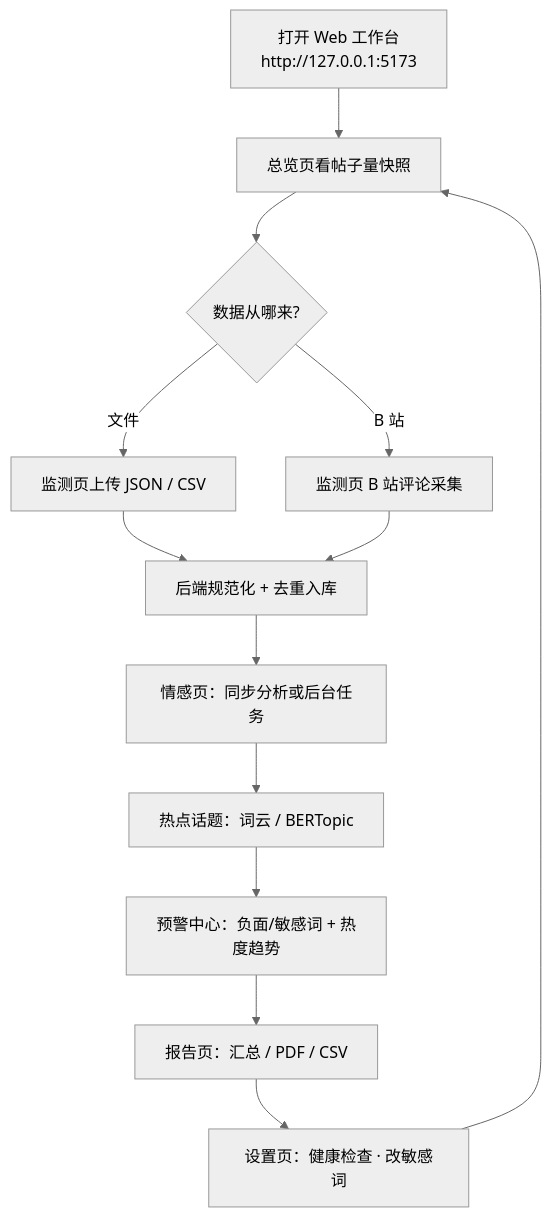
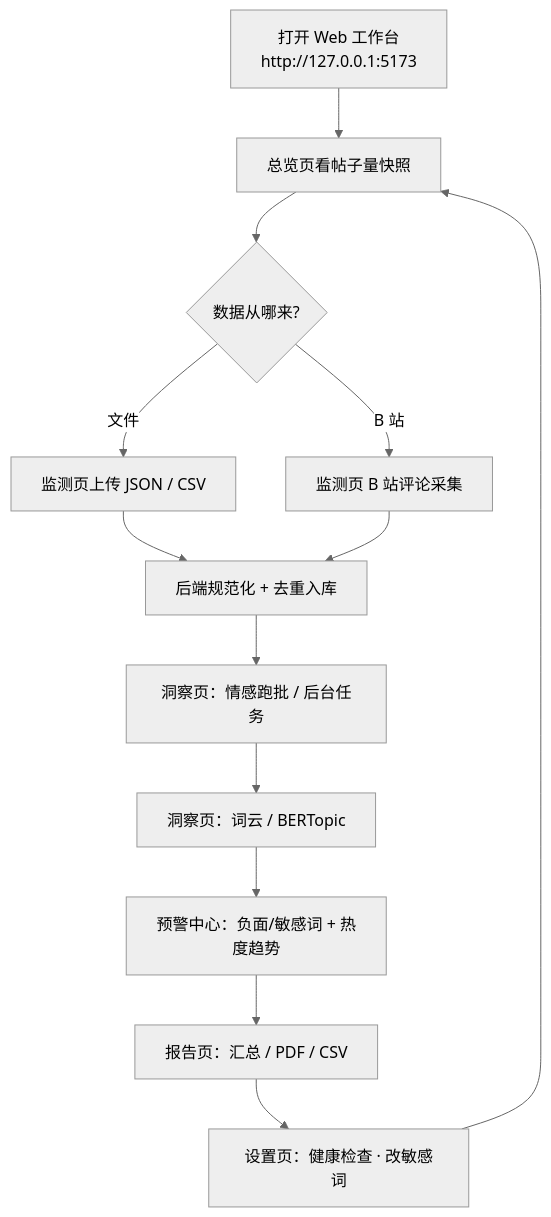
One commit to LinJJ12/yuqing changed the first of 13 diagrams in docs/diagrams.md. Above: the diagram before and after it, drawn with Mermaid (neutral theme). The commit also changed other lines of this file and 13 other files, not shown here.

````diff
--- a/docs/diagrams.md
+++ b/docs/diagrams.md
@@ -14,15 +14,15 @@
 ```mermaid
 flowchart TD
     A[打开 Web 工作台<br/>http://127.0.0.1:5173] --> B[总览页看帖子量快照]
     B --> C{数据从哪来?}
     C -->|文件| C1[监测页上传 JSON / CSV]
     C -->|B 站| C2[监测页 B 站评论采集]
     C1 --> D[后端规范化 + 去重入库]
     C2 --> D
-    D --> E[情感页：同步分析或后台任务]
-    E --> F[热点话题：词云 / BERTopic]
+    D --> E[洞察页：情感跑批 / 后台任务]
+    E --> F[洞察页：词云 / BERTopic]
     F --> G[预警中心：负面/敏感词 + 热度趋势]
     G --> H[报告页：汇总 / PDF / CSV]
     H --> I[设置页：健康检查 · 改敏感词]
     I --> B
 ```
````
